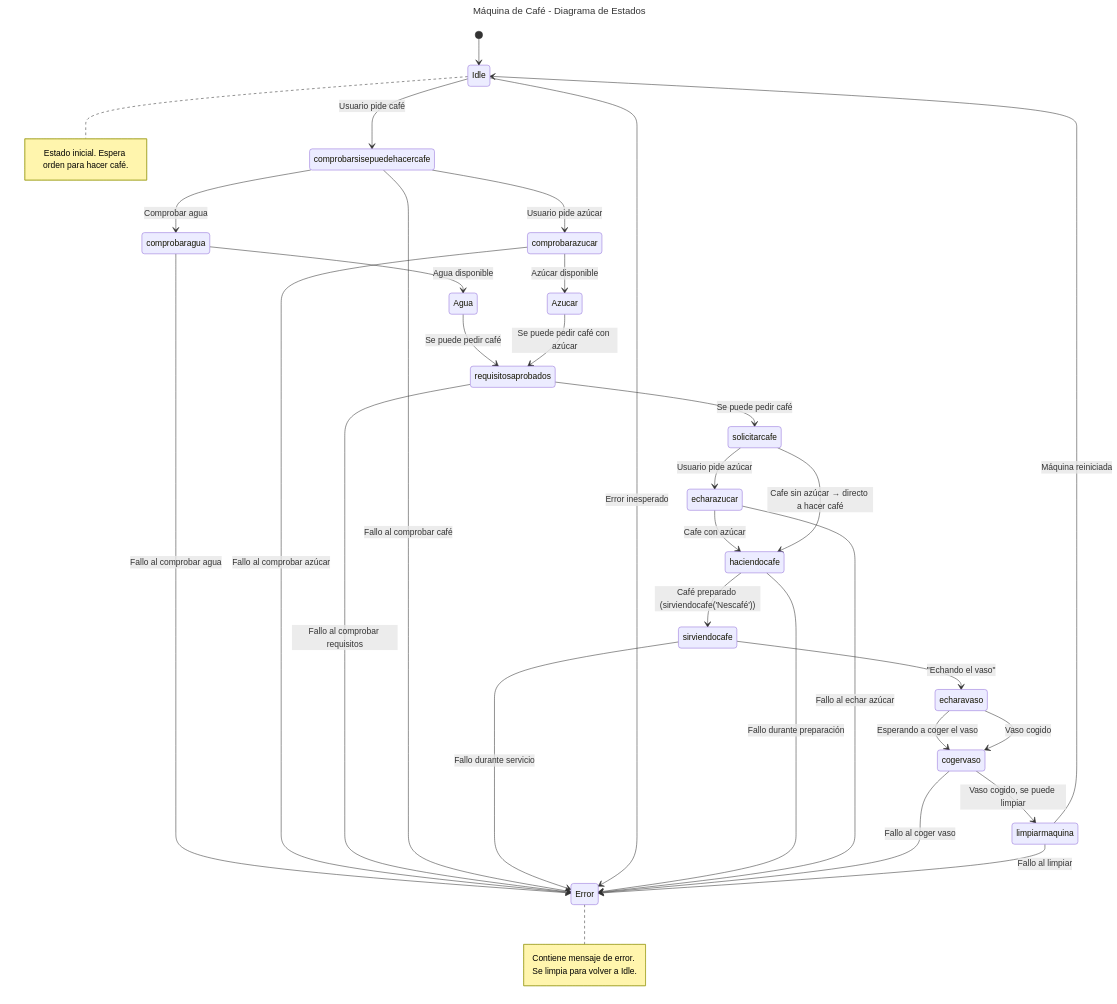
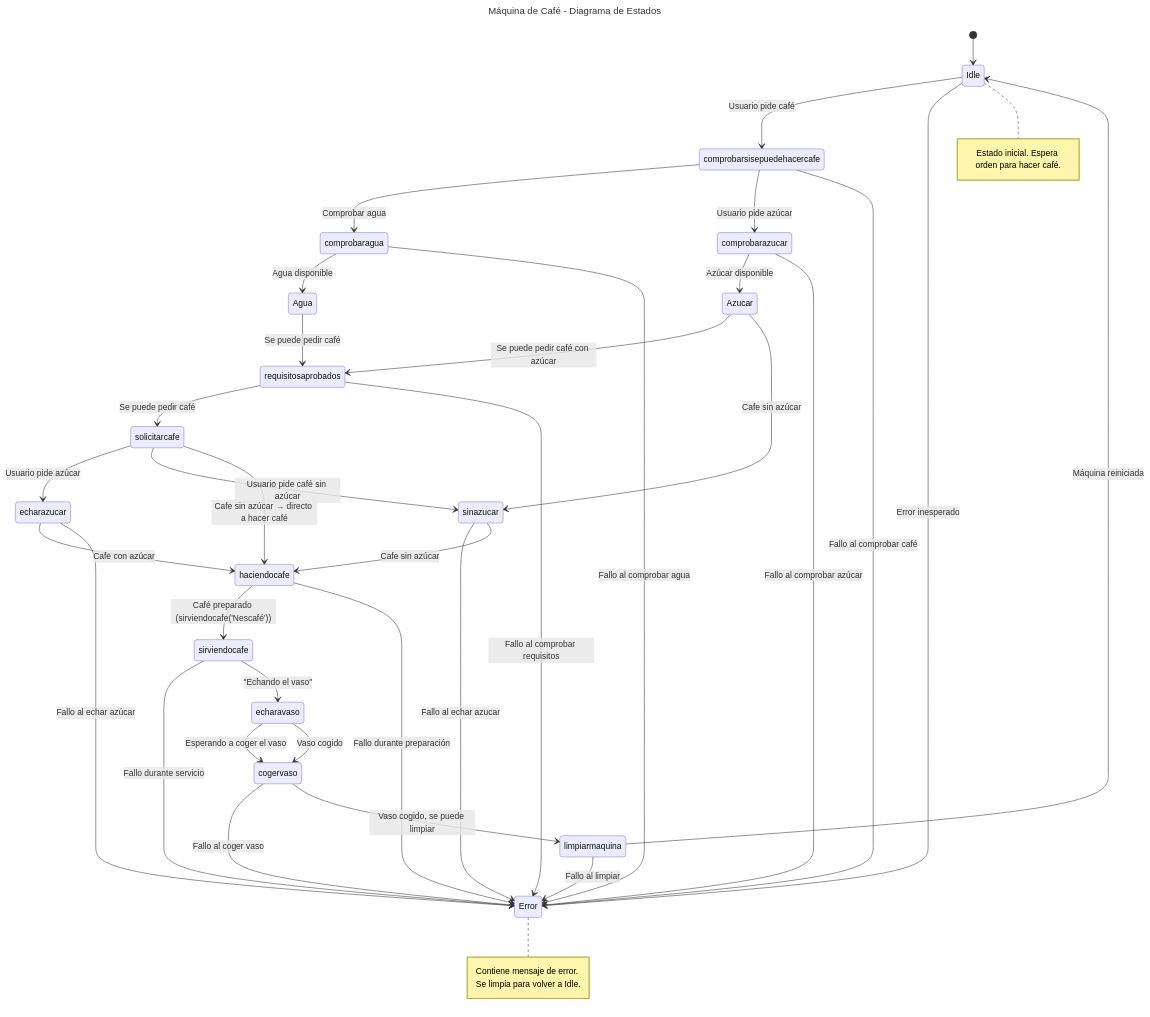
One commit to shermidagre/PMDM changed the diagram in 1trabajo/src/diagrama.mmd. Above: the diagram before and after it, drawn with Mermaid.

Commit message:
random para probar

```diff
--- a/1trabajo/src/diagrama.mmd
+++ b/1trabajo/src/diagrama.mmd
@@ -1,39 +1,43 @@
 ---
 title: Máquina de Café - Diagrama de Estados
 ---
 stateDiagram-v2
 [*] --> Idle
 Idle --> comprobarsisepuedehacercafe: Usuario pide café
 
 comprobarsisepuedehacercafe --> comprobaragua: Comprobar agua
 comprobaragua --> Agua: Agua disponible
 Agua --> requisitosaprobados: Se puede pedir café
 comprobaragua --> Error: Fallo al comprobar agua
 
 comprobarsisepuedehacercafe --> comprobarazucar : Usuario pide azúcar
 comprobarazucar --> Azucar: Azúcar disponible
 comprobarazucar --> Error : Fallo al comprobar azúcar
 Azucar --> requisitosaprobados: Se puede pedir café con azúcar
 
+Azucar --> sinazucar: Cafe sin azúcar
+sinazucar --> Error : Fallo al echar azucar
+
 requisitosaprobados --> solicitarcafe: Se puede pedir café
 requisitosaprobados --> Error: Fallo al comprobar requisitos
 
 comprobarsisepuedehacercafe --> Error: Fallo al comprobar café
 solicitarcafe --> echarazucar: Usuario pide azúcar
+solicitarcafe --> sinazucar: Usuario pide café sin azúcar
 echarazucar --> haciendocafe: Cafe con azúcar
-
+sinazucar --> haciendocafe: Cafe sin azúcar
 solicitarcafe --> haciendocafe: Cafe sin azúcar → directo a hacer café
 haciendocafe --> sirviendocafe: Café preparado (sirviendocafe('Nescafé'))
 sirviendocafe --> Error: Fallo durante servicio
 Idle --> Error: Error inesperado
 haciendocafe --> Error: Fallo durante preparación
 echarazucar --> Error: Fallo al echar azúcar
 sirviendocafe --> echaravaso: "Echando el vaso"
 echaravaso --> cogervaso: Esperando a coger el vaso
 cogervaso --> Error: Fallo al coger vaso
 echaravaso --> cogervaso: Vaso cogido
 cogervaso --> limpiarmaquina:  Vaso cogido, se puede limpiar
 limpiarmaquina --> Idle: Máquina reiniciada
 limpiarmaquina --> Error: Fallo al limpiar
 note right of Idle: Estado inicial. Espera orden para hacer café.
 note right of Error: Contiene mensaje de error. Se limpia para volver a Idle.
```
